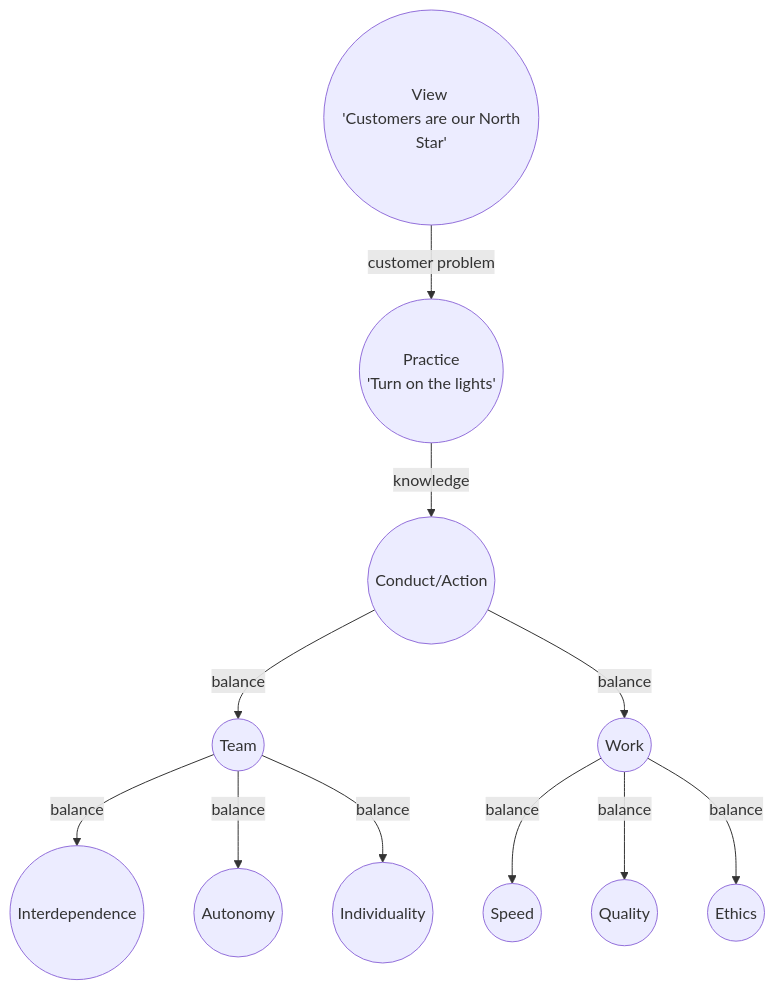
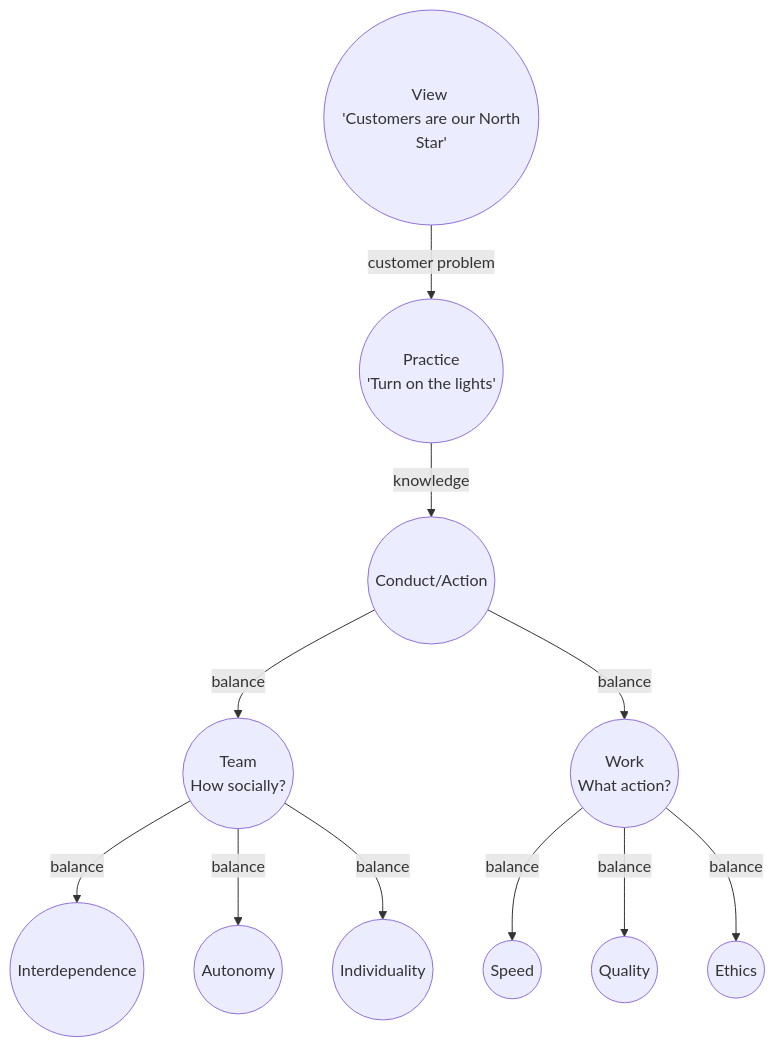
The diagram in zillow.md (borisdev/resume), drawn with Mermaid before and after one commit.

Commit message:
zillow values as a diagram

````diff
--- a/zillow.md
+++ b/zillow.md
@@ -18,13 +18,13 @@
 ```mermaid
 flowchart TB
     V(("View <br> 'Customers are our North Star'"))-- customer problem -->P(("Practice <br> 'Turn on the lights'"))
     P-- knowledge -->C(("Conduct"))
-    C(("Conduct/Action"))-- balance -->T(("How socially?"))
-    C(("Conduct/Action"))-- balance -->W(("What action?"))
-    T(("Team"))-- balance -->ID(("Interdependence"))
-    T(("Team"))-- balance -->A(("Autonomy"))
-    T(("Team"))-- balance -->I(("Individuality"))
-    W(("Work"))-- balance -->S(("Speed"))
-    W(("Work"))-- balance -->Q(("Quality"))
-    W(("Work"))-- balance -->E(("Ethics"))
+    C(("Conduct/Action"))-- balance -->T(("Team <br> How socially?"))
+    C(("Conduct/Action"))-- balance -->W(("Work <br> What action?"))
+    T-- balance -->ID(("Interdependence"))
+    T-- balance -->A(("Autonomy"))
+    T-- balance -->I(("Individuality"))
+    W-- balance -->S(("Speed"))
+    W-- balance -->Q(("Quality"))
+    W-- balance -->E(("Ethics"))
 ```
````
